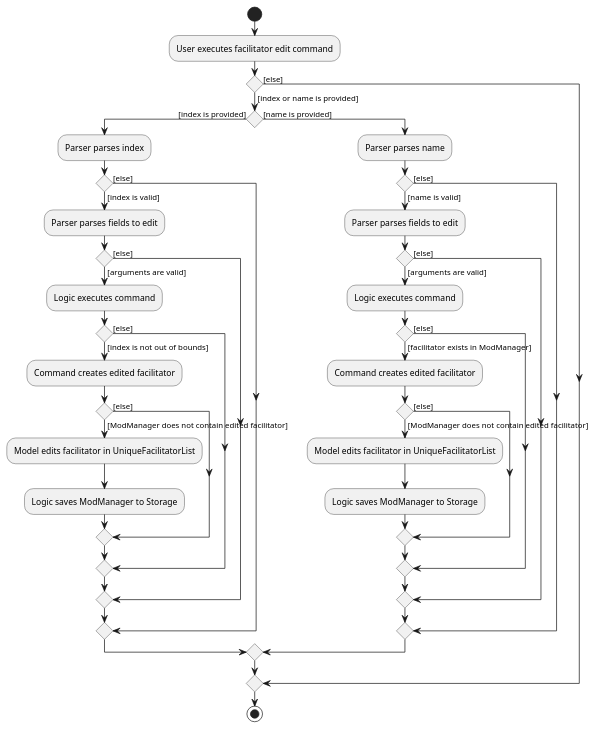
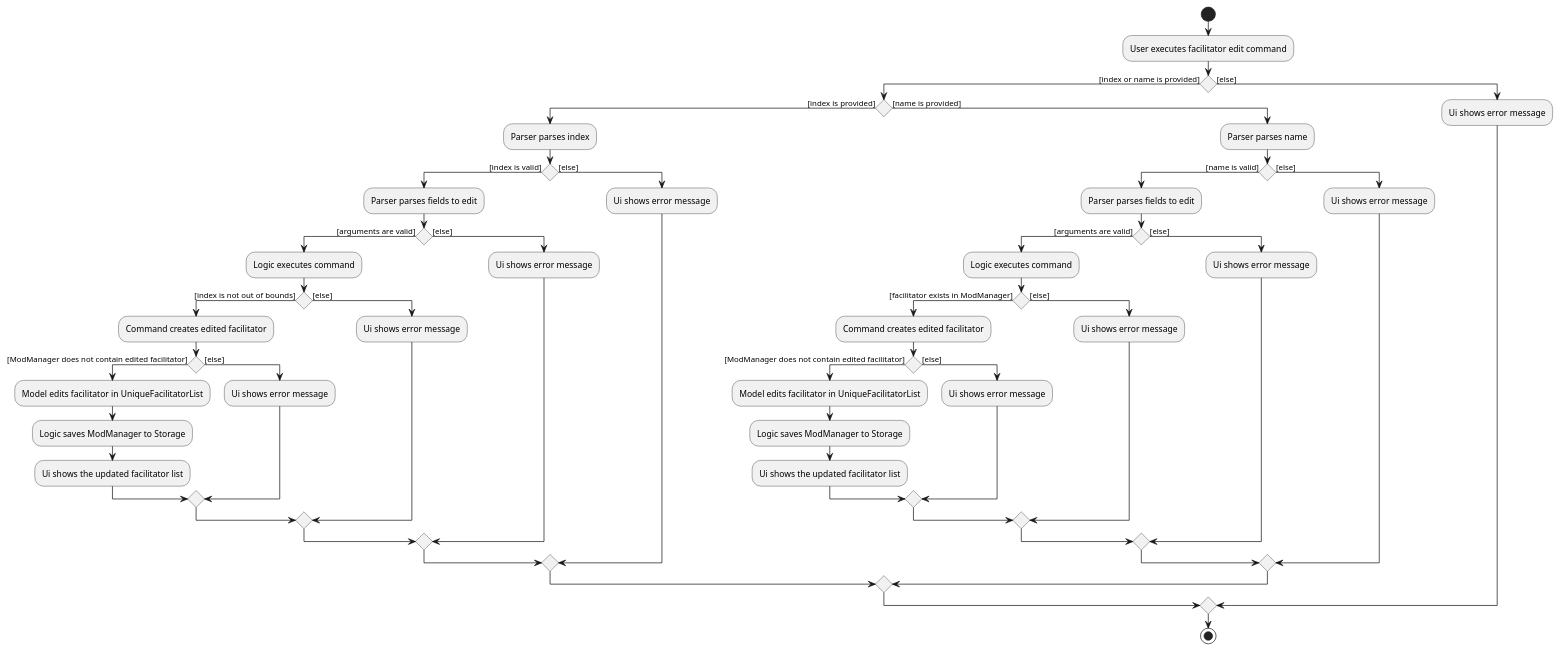
Before and after one commit to zixinn/main: the diagram in docs/diagrams/FacilitatorEditActivityDiagram.puml, drawn with PlantUML. The commit also changed 23 other files, not shown here.

```diff
--- a/docs/diagrams/FacilitatorEditActivityDiagram.puml
+++ b/docs/diagrams/FacilitatorEditActivityDiagram.puml
@@ -1,47 +1,58 @@
 @startuml
 start
 :User executes facilitator edit command;
 if () then ([index or name is provided])
     if () then ([index is provided])
         :Parser parses index;
         if () then ([index is valid])
             :Parser parses fields to edit;
             if () then ([arguments are valid])
                 :Logic executes command;
                 if () then ([index is not out of bounds])
                     :Command creates edited facilitator;
                     if () then ([ModManager does not contain edited facilitator])
                         :Model edits facilitator in UniqueFacilitatorList;
                         :Logic saves ModManager to Storage;
+                        :Ui shows the updated facilitator list;
                     else ([else])
+                        :Ui shows error message;
                     endif
                 else ([else])
+                    :Ui shows error message;
                 endif
             else ([else])
+                :Ui shows error message;
             endif
         else ([else])
+            :Ui shows error message;
         endif
     else ([name is provided])
         :Parser parses name;
         if () then ([name is valid])
             :Parser parses fields to edit;
             if () then ([arguments are valid])
                 :Logic executes command;
                 if () then ([facilitator exists in ModManager])
                     :Command creates edited facilitator;
                     if () then ([ModManager does not contain edited facilitator])
                         :Model edits facilitator in UniqueFacilitatorList;
                         :Logic saves ModManager to Storage;
+                        :Ui shows the updated facilitator list;
                     else ([else])
+                        :Ui shows error message;
                     endif
                 else ([else])
+                    :Ui shows error message;
                 endif
             else ([else])
+                :Ui shows error message;
             endif
         else ([else])
+            :Ui shows error message;
         endif
     endif
 else ([else])
+    :Ui shows error message;
 endif
 stop
 @enduml
```
